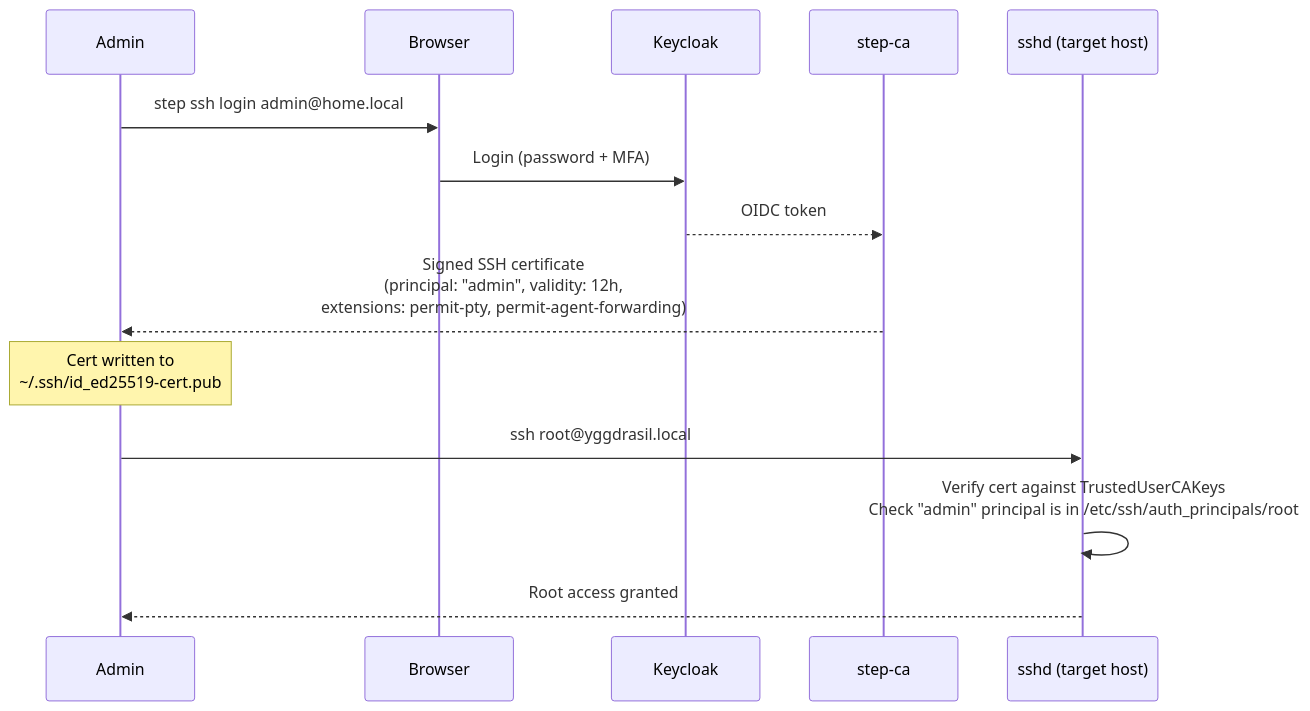
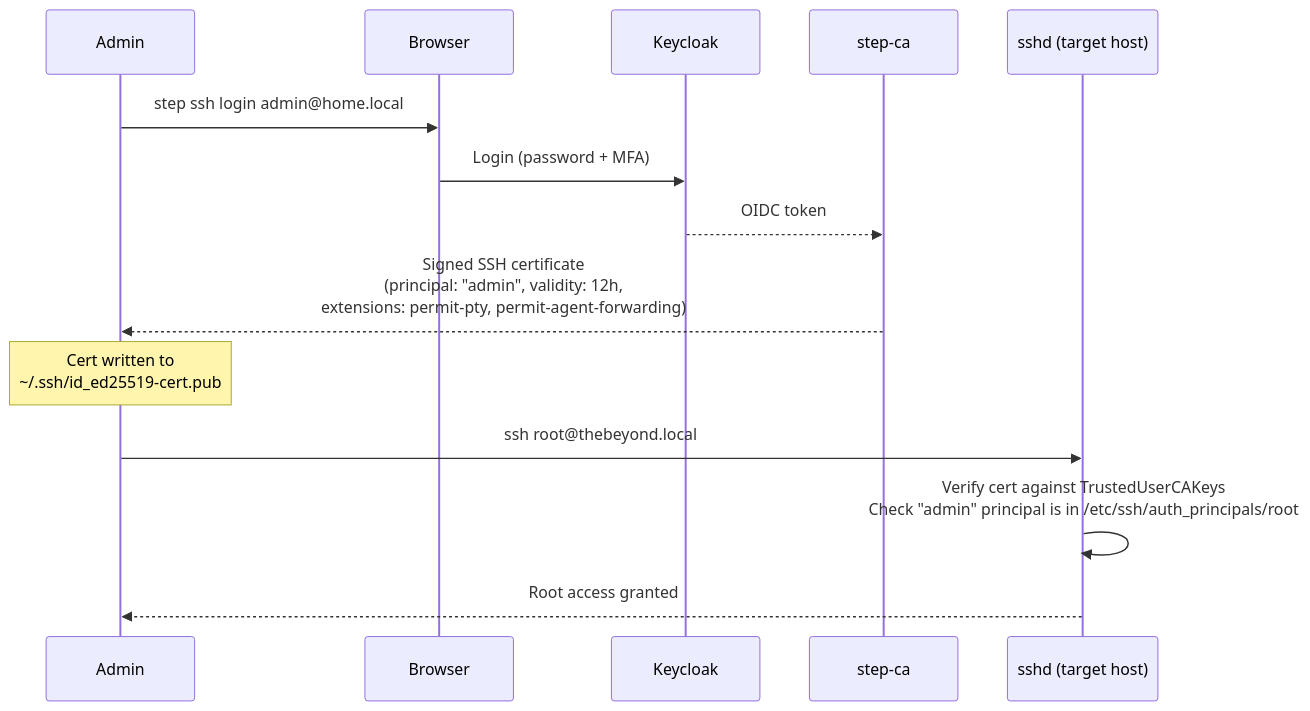
Before and after one commit to mutantmell/dotfiles: the second of 4 diagrams in llm-notes/ssh-certificates-sso-plan.md, drawn with Mermaid. The commit also changed other lines of this file and 7 other files, not shown here.

````diff
--- a/llm-notes/ssh-certificates-sso-plan.md
+++ b/llm-notes/ssh-certificates-sso-plan.md
@@ -95,17 +95,17 @@
 ```mermaid
 sequenceDiagram
     participant Admin
     participant Browser
     participant Keycloak
     participant step-ca
     participant sshd as sshd (target host)
 
     Admin->>Browser: step ssh login admin@home.local
     Browser->>Keycloak: Login (password + MFA)
     Keycloak-->>step-ca: OIDC token
     step-ca-->>Admin: Signed SSH certificate<br/>(principal: "admin", validity: 12h,<br/>extensions: permit-pty, permit-agent-forwarding)
     Note over Admin: Cert written to<br/>~/.ssh/id_ed25519-cert.pub
-    Admin->>sshd: ssh root@yggdrasil.local
+    Admin->>sshd: ssh root@thebeyond.local
     sshd->>sshd: Verify cert against TrustedUserCAKeys<br/>Check "admin" principal is in /etc/ssh/auth_principals/root
     sshd-->>Admin: Root access granted
 ```
````
